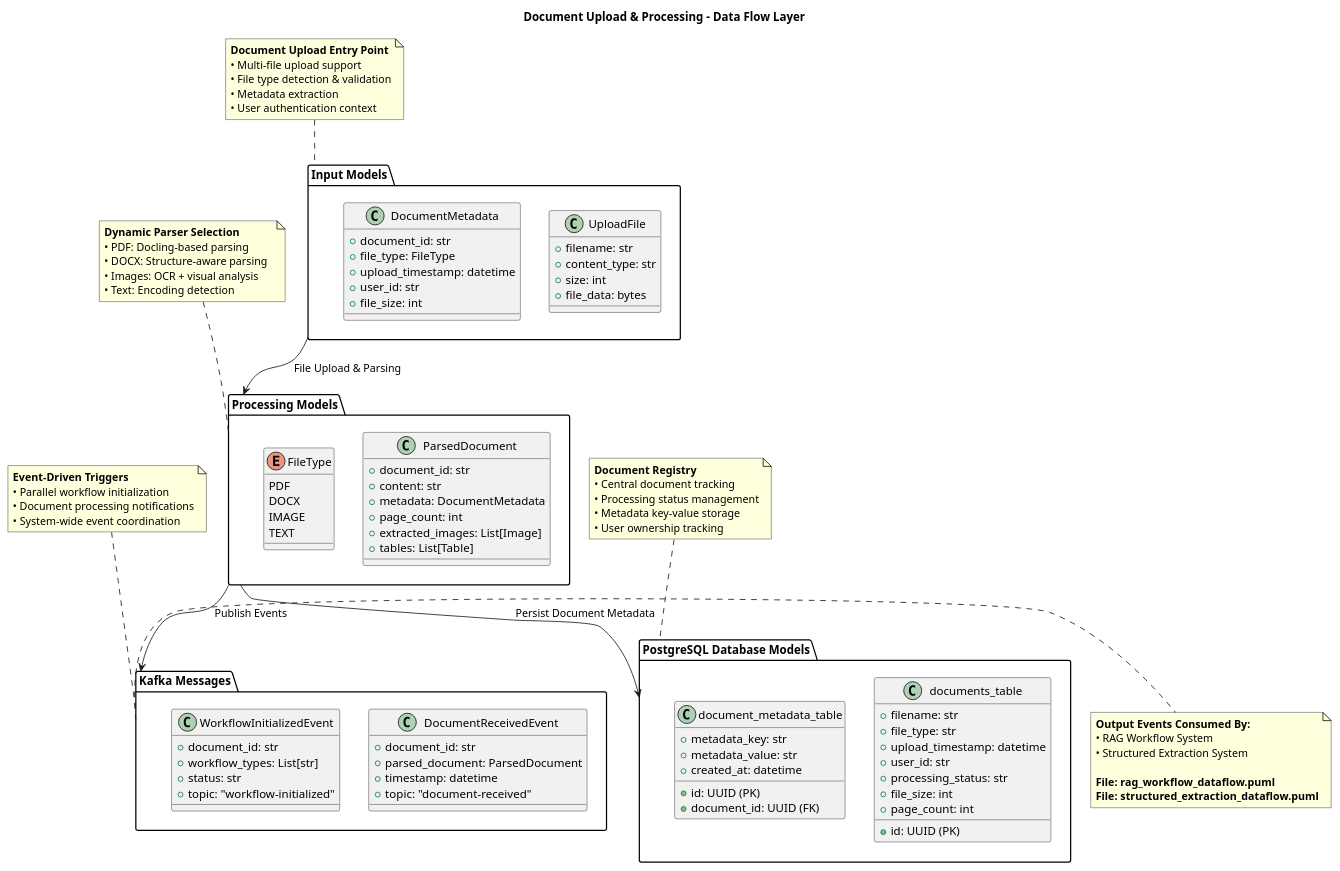
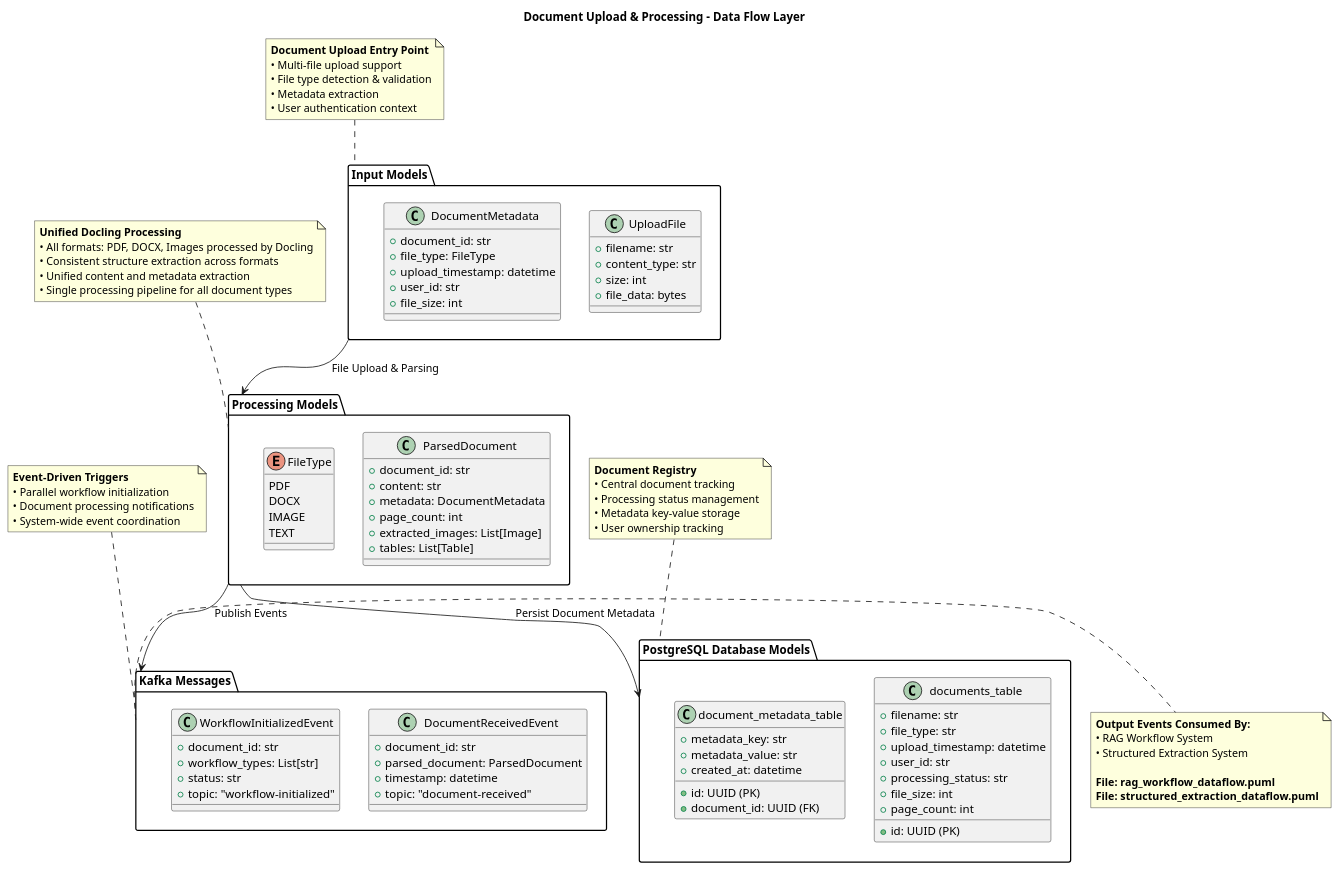
Before and after one commit to h19overflow/scaled_processing: the diagram in docs/data_flow/document_upload_dataflow.puml, drawn with PlantUML. The commit also changed 23 other files, not shown here.

Commit message:
decided to utilize docling for all formats might change the serilzation strategey based on format but i wont be making different loaders per format

```diff
--- a/docs/data_flow/document_upload_dataflow.puml
+++ b/docs/data_flow/document_upload_dataflow.puml
@@ -1,126 +1,126 @@
 @startuml document_upload_dataflow
 title Document Upload & Processing - Data Flow Layer
 
 ' Input Models
 package "Input Models" as input_models {
     class UploadFile {
         +filename: str
         +content_type: str
         +size: int
         +file_data: bytes
     }
     
     class DocumentMetadata {
         +document_id: str
         +file_type: FileType
         +upload_timestamp: datetime
         +user_id: str
         +file_size: int
     }
 }
 
 ' Processing Models
 package "Processing Models" as processing_models {
     class ParsedDocument {
         +document_id: str
         +content: str
         +metadata: DocumentMetadata
         +page_count: int
         +extracted_images: List[Image]
         +tables: List[Table]
     }
     
     enum FileType {
         PDF
         DOCX
         IMAGE
         TEXT
     }
 }
 
 ' Database Models
 package "PostgreSQL Database Models" as db_models {
     class documents_table {
         +id: UUID (PK)
         +filename: str
         +file_type: str
         +upload_timestamp: datetime
         +user_id: str
         +processing_status: str
         +file_size: int
         +page_count: int
     }
     
     class document_metadata_table {
         +id: UUID (PK)
         +document_id: UUID (FK)
         +metadata_key: str
         +metadata_value: str
         +created_at: datetime
     }
 }
 
 ' Kafka Messages
 package "Kafka Messages" as kafka_messages {
     class DocumentReceivedEvent {
         +document_id: str
         +parsed_document: ParsedDocument
         +timestamp: datetime
         +topic: "document-received"
     }
     
     class WorkflowInitializedEvent {
         +document_id: str
         +workflow_types: List[str]
         +status: str
         +topic: "workflow-initialized"
     }
 }
 
 ' Data Flow Connections
 input_models --> processing_models : "File Upload & Parsing"
 processing_models --> db_models : "Persist Document Metadata"
 processing_models --> kafka_messages : "Publish Events"
 
 ' Cross-references to other layers
 note right of kafka_messages
     **Output Events Consumed By:**
     • RAG Workflow System
     • Structured Extraction System
     
     **File: rag_workflow_dataflow.puml**
     **File: structured_extraction_dataflow.puml**
 end note
 
 note top of input_models
     **Document Upload Entry Point**
     • Multi-file upload support
     • File type detection & validation
     • Metadata extraction
     • User authentication context
 end note
 
 note top of processing_models
-    **Dynamic Parser Selection**
-    • PDF: Docling-based parsing
-    • DOCX: Structure-aware parsing  
-    • Images: OCR + visual analysis
-    • Text: Encoding detection
+    **Unified Docling Processing**
+    • All formats: PDF, DOCX, Images processed by Docling
+    • Consistent structure extraction across formats
+    • Unified content and metadata extraction
+    • Single processing pipeline for all document types
 end note
 
 note top of db_models
     **Document Registry**
     • Central document tracking
     • Processing status management
     • Metadata key-value storage
     • User ownership tracking
 end note
 
 note top of kafka_messages
     **Event-Driven Triggers**
     • Parallel workflow initialization
     • Document processing notifications
     • System-wide event coordination
 end note
 
 @enduml
```
